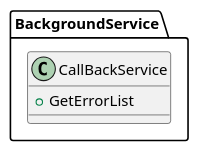
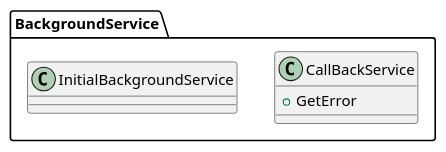
The diagram in UML/BackgroundService.puml (qingxuan-yang/errorhandling), drawn with PlantUML before and after one commit. The commit also changed 44 other files, not shown here.

```diff
--- a/UML/BackgroundService.puml
+++ b/UML/BackgroundService.puml
@@ -1,5 +1,6 @@
 package BackgroundService{
     class CallBackService{
-        + GetErrorList
+        + GetError
     }
+    class InitialBackgroundService{}
 }
```
